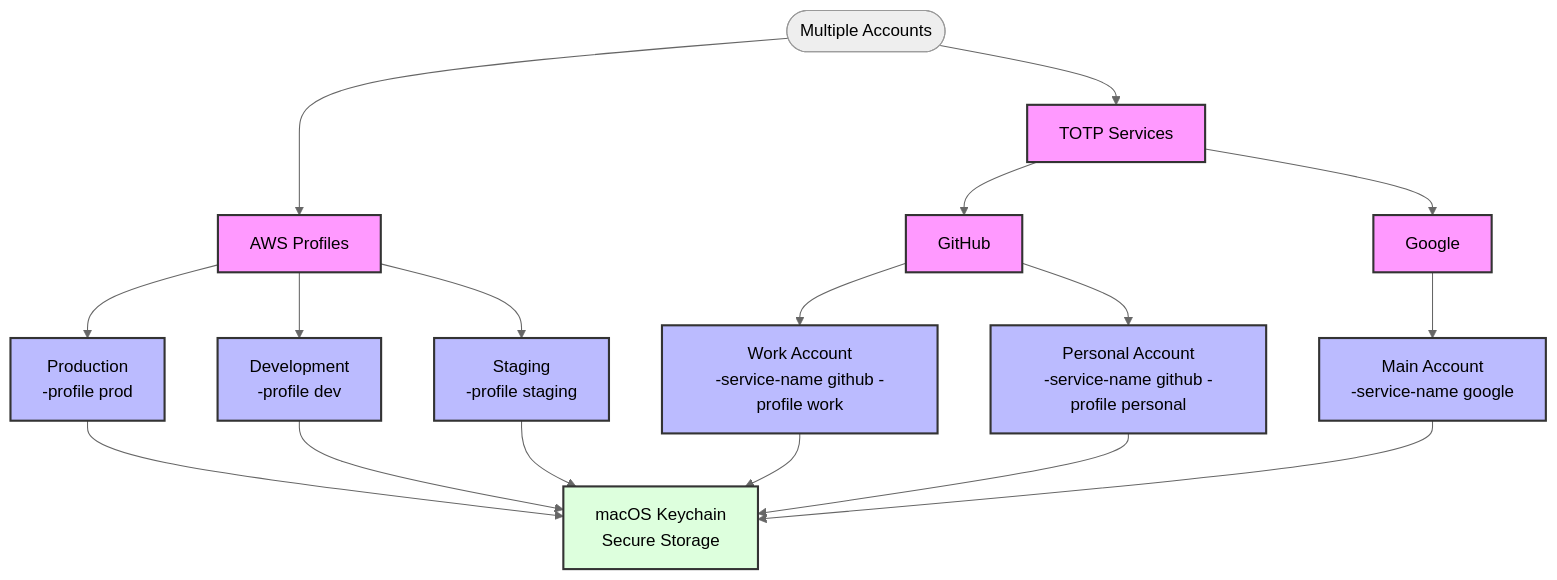
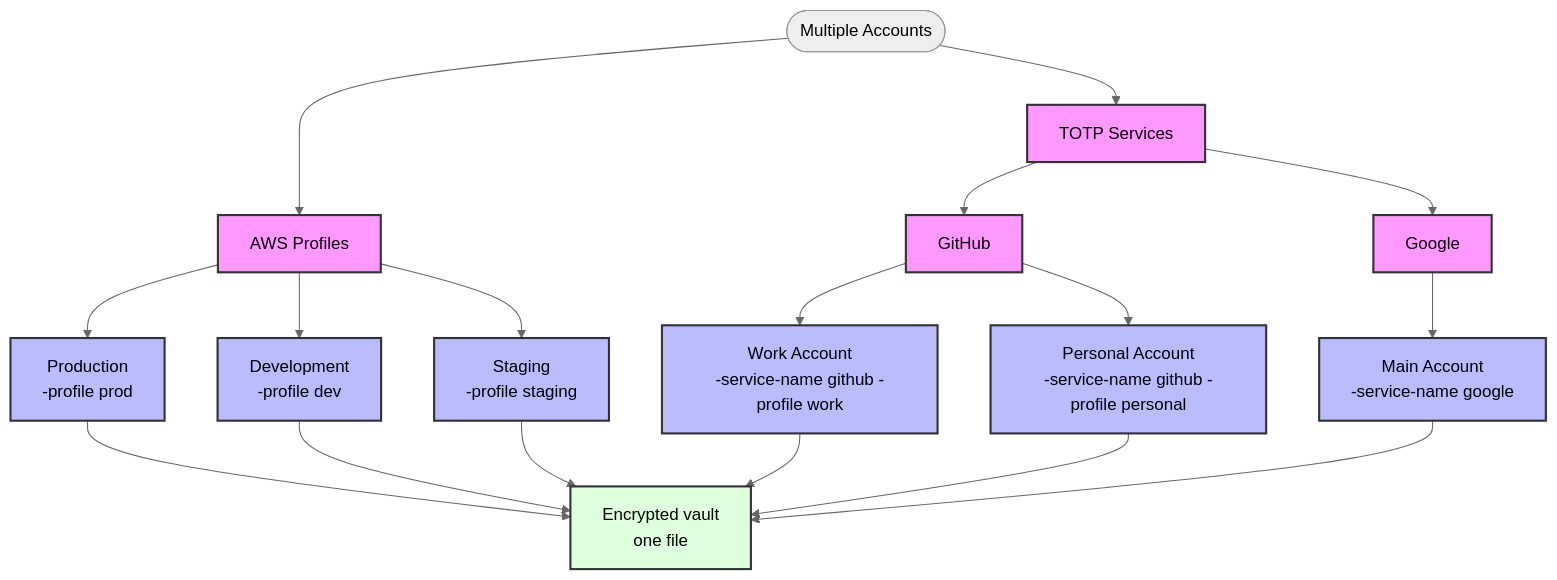
Before and after one commit to bashhack/sesh: the second of 2 diagrams in docs/USAGE_AND_CONFIGURATION.md, drawn with Mermaid. The commit also changed other lines of this file and 36 other files, not shown here.

````diff
--- a/docs/USAGE_AND_CONFIGURATION.md
+++ b/docs/USAGE_AND_CONFIGURATION.md
@@ -824,25 +812,25 @@
 ```mermaid
 %%{init: {'theme': 'neutral'}}%%
 flowchart TD
     classDef profile fill:#bbf,stroke:#333,stroke-width:2px
     classDef service fill:#f9f,stroke:#333,stroke-width:2px
     classDef keychain fill:#dfd,stroke:#333,stroke-width:2px
 
     Start([Multiple Accounts])
     
     Start --> AWS["AWS Profiles"]:::service
     Start --> TOTP["TOTP Services"]:::service
     
     AWS --> AWSProd["Production<br>-profile prod"]:::profile
     AWS --> AWSDev["Development<br>-profile dev"]:::profile
     AWS --> AWSStaging["Staging<br>-profile staging"]:::profile
     
     TOTP --> GitHub["GitHub"]:::service
     GitHub --> GHWork["Work Account<br>-service-name github -profile work"]:::profile
     GitHub --> GHPersonal["Personal Account<br>-service-name github -profile personal"]:::profile
     
     TOTP --> Google["Google"]:::service
     Google --> GoogleMain["Main Account<br>-service-name google"]:::profile
     
-    AWSProd & AWSDev & AWSStaging & GHWork & GHPersonal & GoogleMain --> KC["macOS Keychain<br>Secure Storage"]:::keychain
+    AWSProd & AWSDev & AWSStaging & GHWork & GHPersonal & GoogleMain --> KC["Encrypted vault<br>one file"]:::keychain
 ```
````
